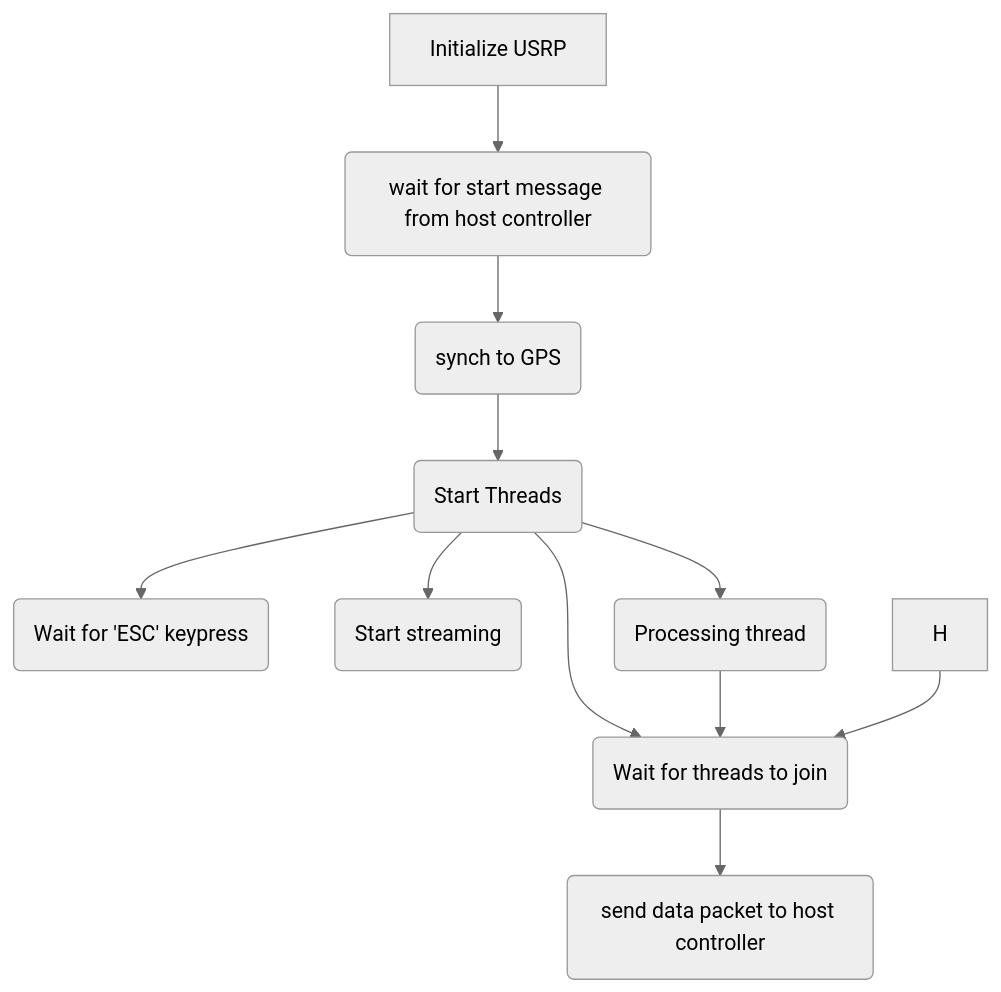
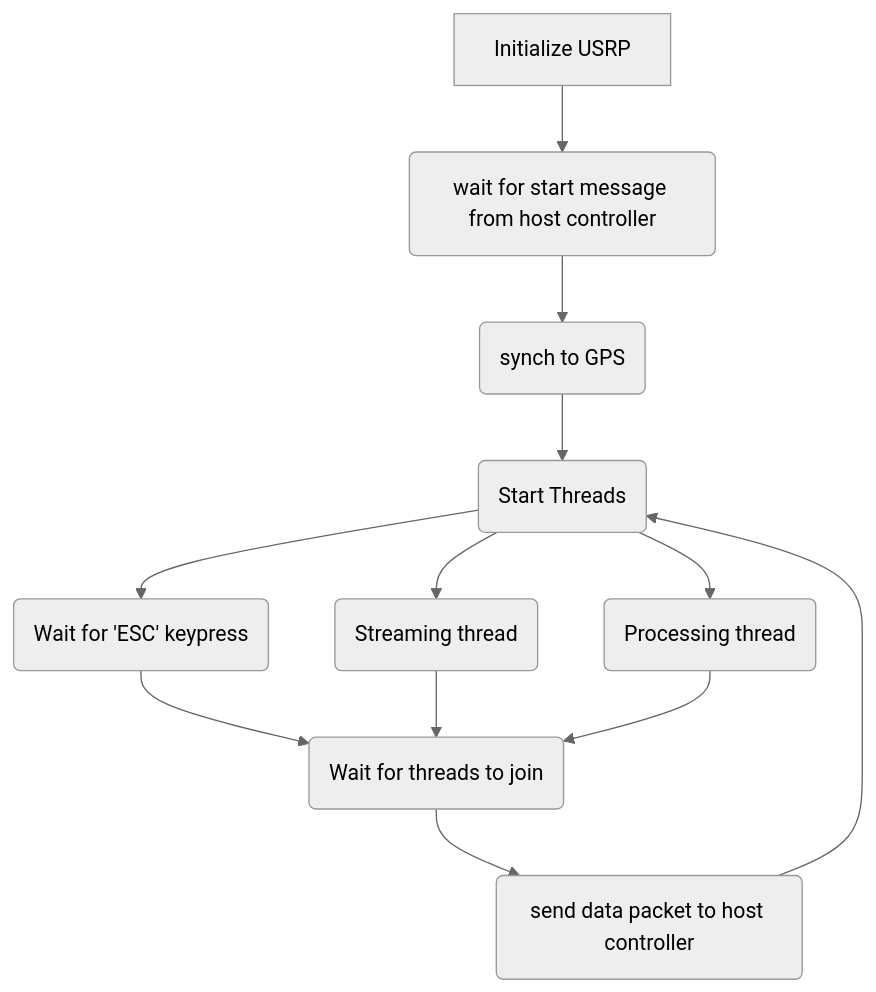
The diagram in dsp/src/README.md (joey-public/WES207CapstoneProject), drawn with Mermaid (neutral theme) before and after one commit.

````diff
--- a/dsp/src/README.md
+++ b/dsp/src/README.md
@@ -18,13 +18,14 @@
 ```mermaid
 graph TD
 A[Initialize USRP] --> B(wait for start message from host controller)
 B --> C(synch to GPS)
 C --> D(Start Threads)
 D --> E(Wait for 'ESC' keypress)
-D --> F(Start streaming)
+D --> F(Streaming thread)
 D --> G(Processing thread)
-D --> I(Wait for threads to join)
+E --> I(Wait for threads to join)
+F --> I
 G --> I
-H --> I
 I --> J(send data packet to host controller)
+J --> D
 ```
````
